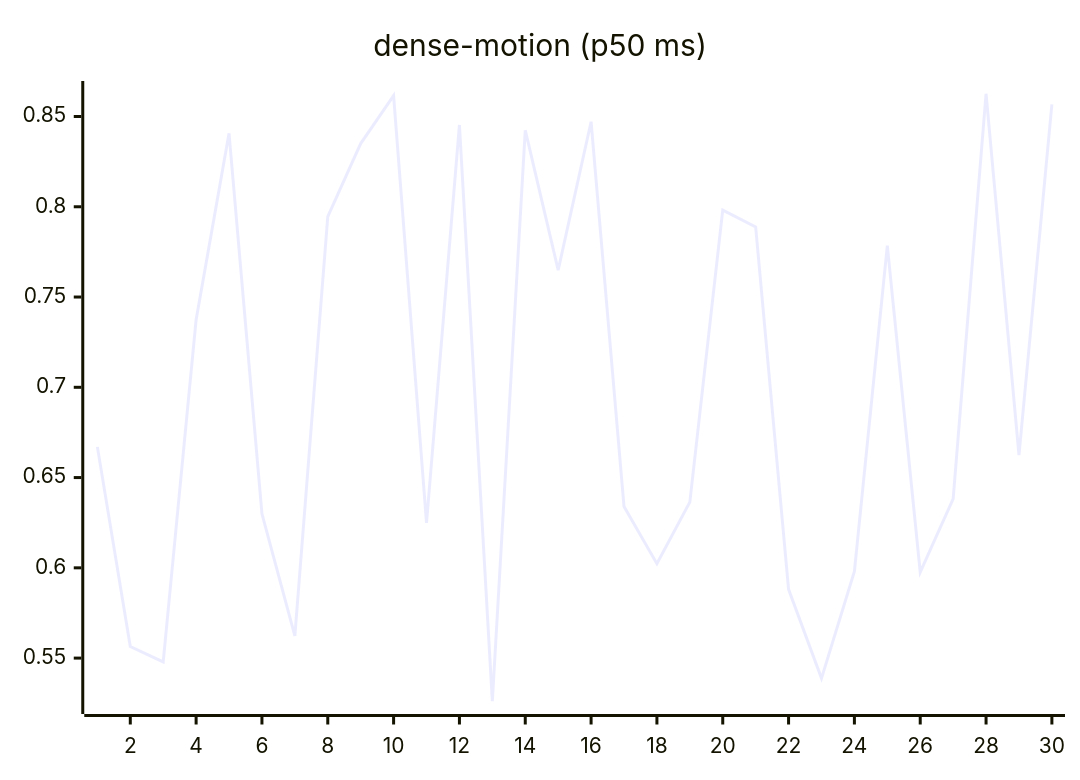
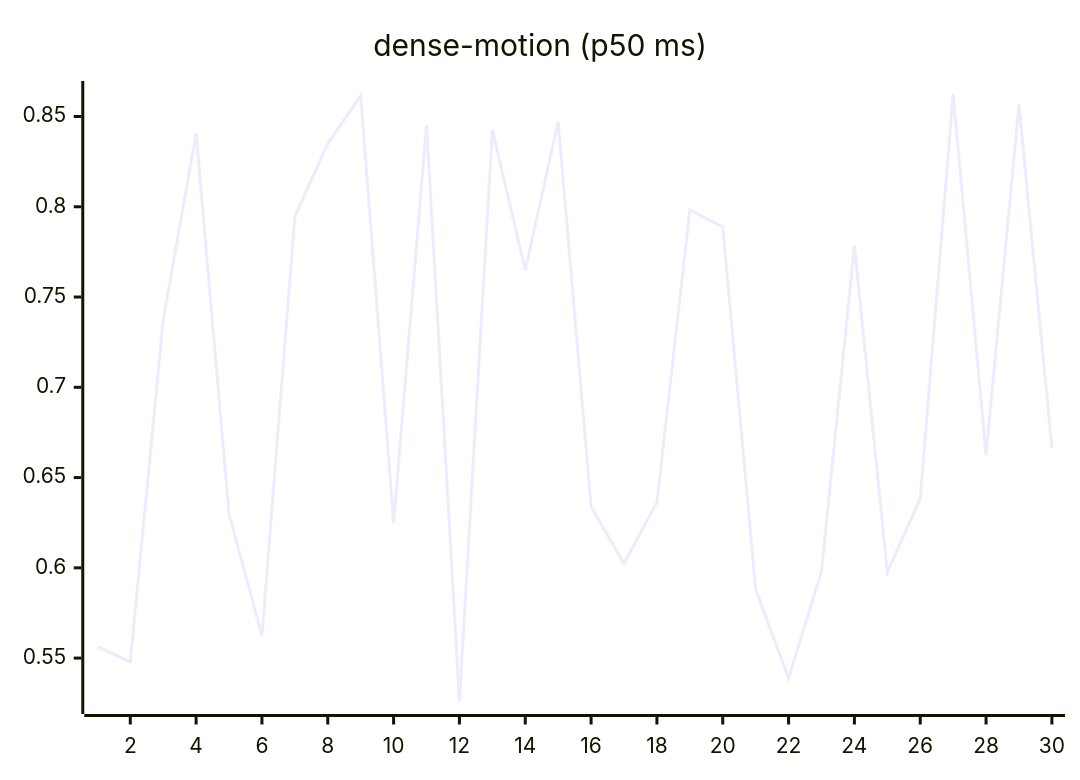
Before and after one commit to josha/Facet: the ninth of 27 diagrams in README.md, drawn with Mermaid. The commit also changed other lines of this file and 2 other files, not shown here.

````diff
--- a/README.md
+++ b/README.md
@@ -119,6 +119,6 @@
 ```mermaid
 xychart-beta
     title "dense-motion (p50 ms)"
     x-axis 1 --> 30
-    line [0.6670, 0.5564, 0.5479, 0.7374, 0.8407, 0.6299, 0.5623, 0.7946, 0.8350, 0.8616, 0.6249, 0.8453, 0.5261, 0.8424, 0.7649, 0.8471, 0.6340, 0.6023, 0.6364, 0.7981, 0.7888, 0.5881, 0.5388, 0.5980, 0.7785, 0.5976, 0.6382, 0.8626, 0.6624, 0.8567]
+    line [0.5564, 0.5479, 0.7374, 0.8407, 0.6299, 0.5623, 0.7946, 0.8350, 0.8616, 0.6249, 0.8453, 0.5261, 0.8424, 0.7649, 0.8471, 0.6340, 0.6023, 0.6364, 0.7981, 0.7888, 0.5881, 0.5388, 0.5980, 0.7785, 0.5976, 0.6382, 0.8626, 0.6624, 0.8567, 0.6662]
 ```
````
